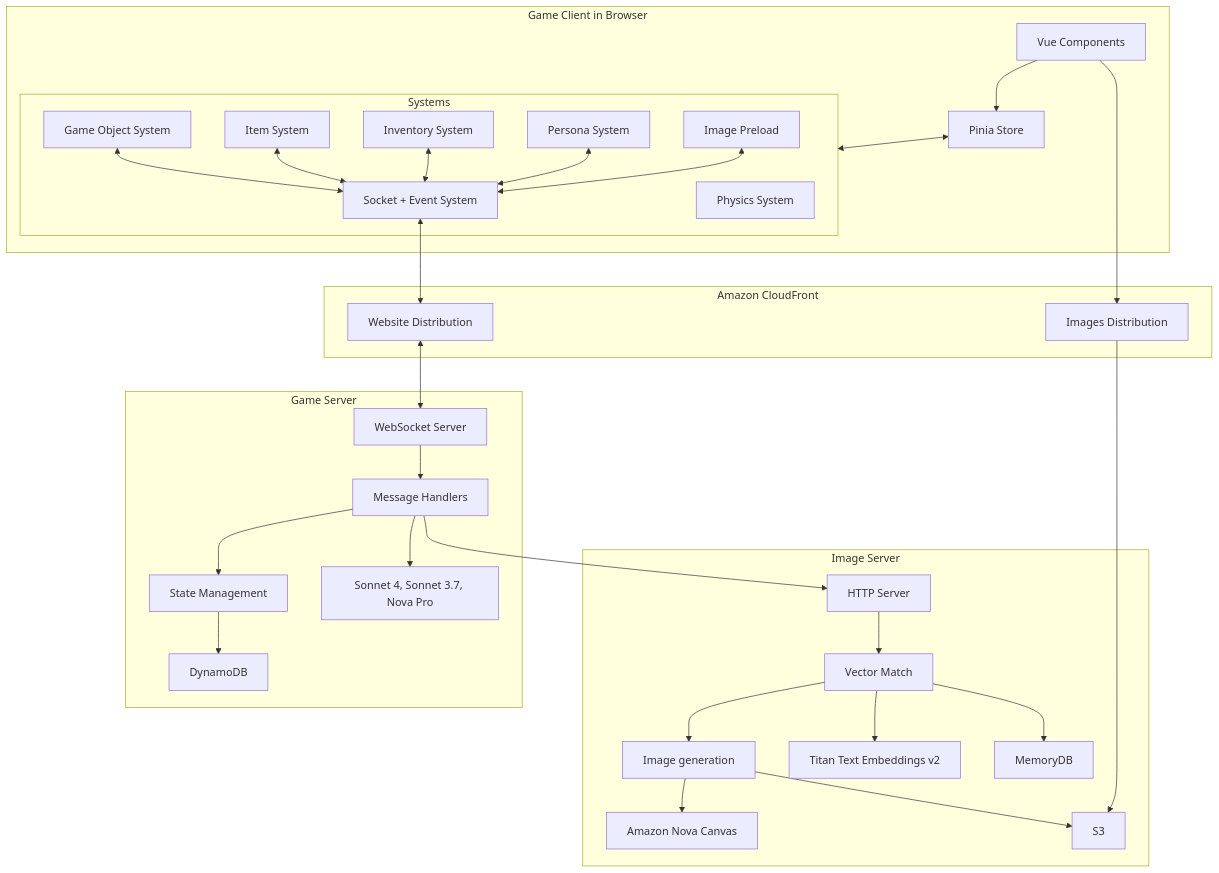
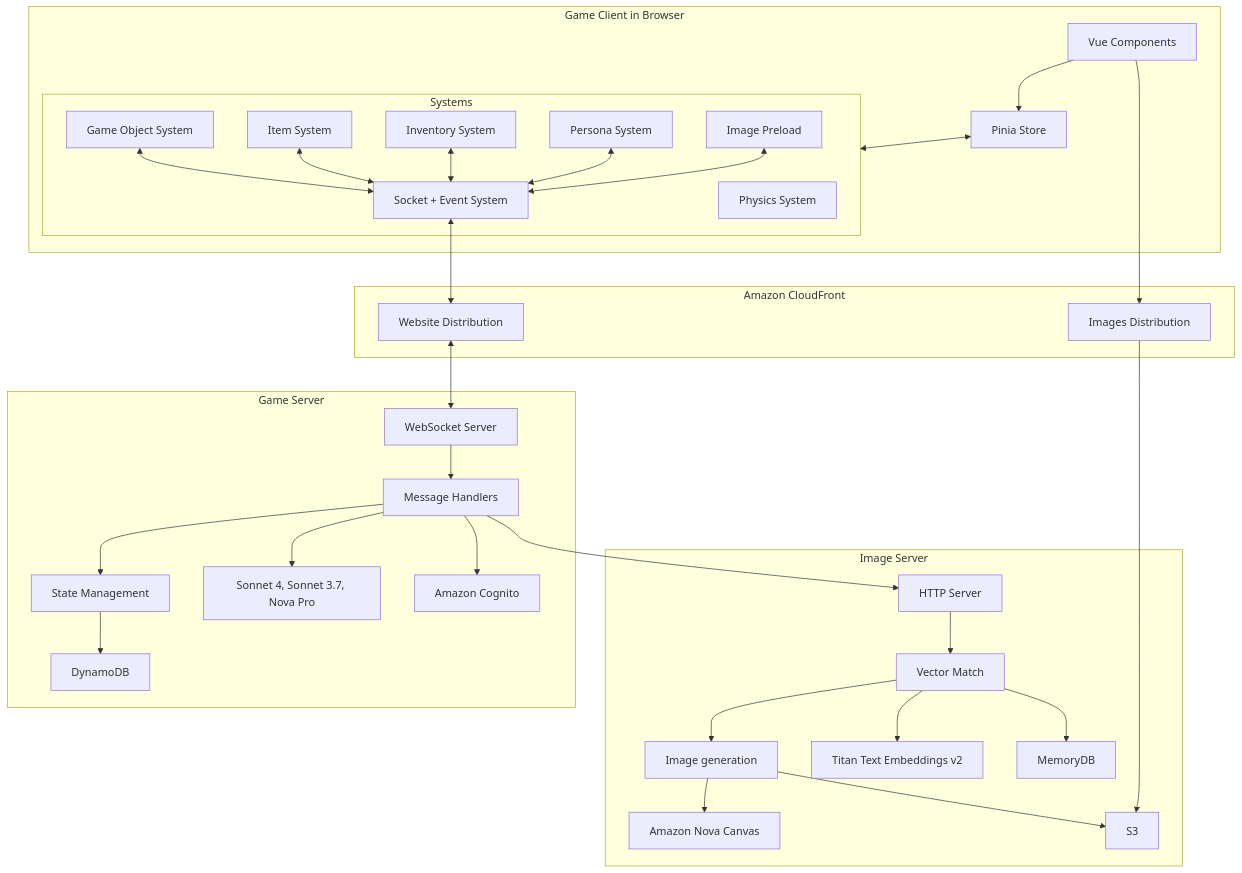
The second of 2 diagrams in docs/architecture.md (kirodotdev/spirit-of-kiro), drawn with Mermaid before and after one commit. The commit also changed other lines of this file and 1 other file, not shown here.

Commit message:
Updating docs with Cognito

````diff
--- a/docs/architecture.md
+++ b/docs/architecture.md
@@ -39,65 +40,66 @@
 ```mermaid
 graph TB
     subgraph Game Client in Browser
         UI[Vue Components]
         Store[Pinia Store]
         subgraph Systems
             Physics[Physics System]
             Socket[Socket + Event System]
             GameObject[Game Object System]
             Item[Item System]
             Inventory[Inventory System]
             Persona[Persona System]
             Preloader[Image Preload]
         end
         UI --> Store
         Store <--> Systems
 
         GameObject <--> Socket
         Item <--> Socket
         Inventory <--> Socket
         Persona <--> Socket
         Preloader <--> Socket
     end
 
     subgraph Amazon CloudFront
       ImageDist[Images Distribution]
       WebDist[Website Distribution]
       Socket <--> WebDist
       UI --> ImageDist
     end
 
     subgraph Game Server
         WS[WebSocket Server]
         Handlers[Message Handlers]
         State[State Management]
         DB[DynamoDB]
         claude[Sonnet 4, Sonnet 3.7, Nova Pro]
+        Cognito[Amazon Cognito]
 
         WebDist <--> WS
         WS --> Handlers
         Handlers --> State
         State --> DB 
         Handlers --> claude
-        
+        Handlers --> Cognito
     end
 
     subgraph Image Server
       HTTP[HTTP Server]
       Handlers --> HTTP
 
       Vector[Vector Match]
       ImageGen[Image generation]
       titanText[Titan Text Embeddings v2]
       novaCanvas[Amazon Nova Canvas]
       MemoryDB[MemoryDB]
       S3[S3]
 
       HTTP --> Vector --> ImageGen
       Vector -->titanText
       Vector -->MemoryDB
       ImageGen -->novaCanvas
       ImageGen -->S3
       ImageDist -->S3
     end
 ```
````
